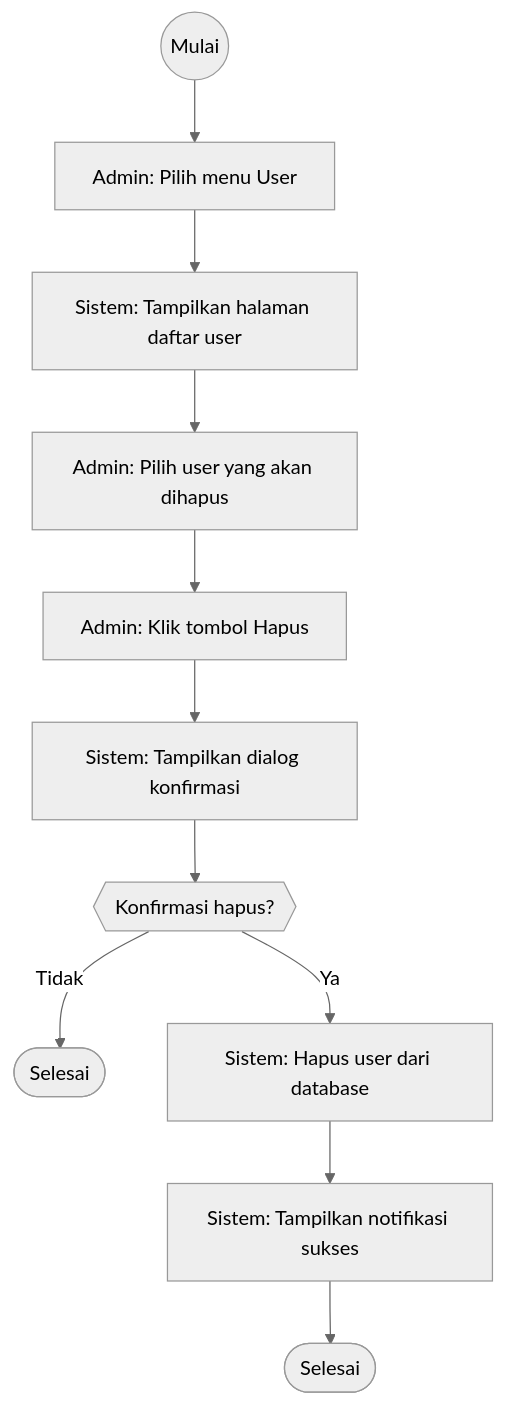
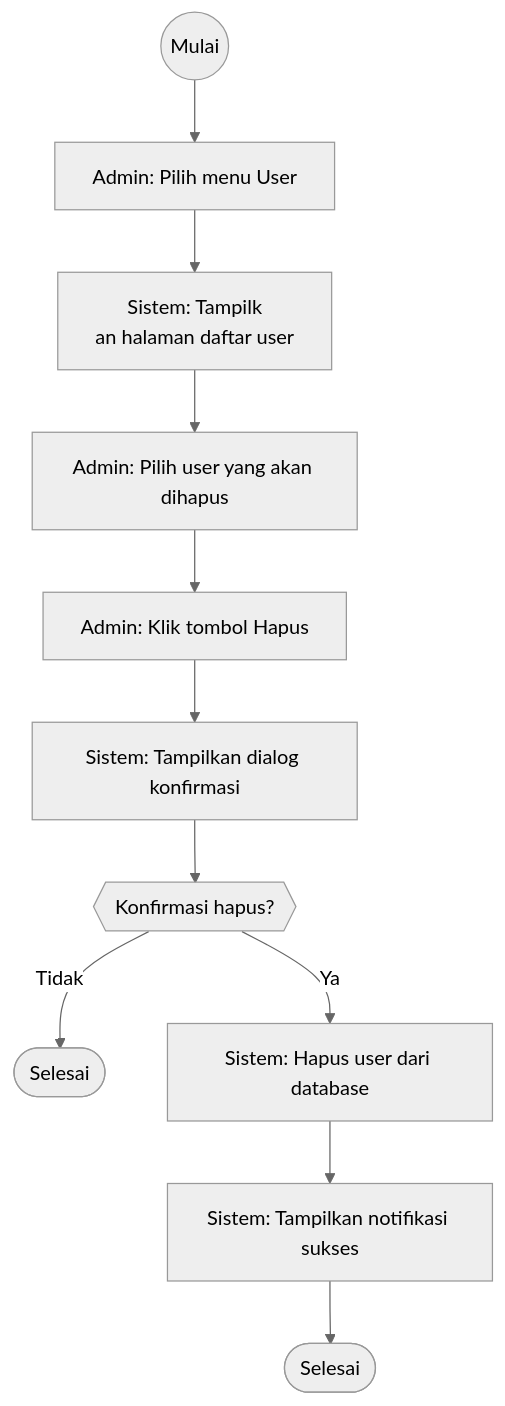
Before and after one commit to devWebs01/POS-DW: diagram 15 of 40 in docs/4.2-perancangan-sistem.md, drawn with Mermaid (neutral theme). The commit also changed other lines of this file, not shown here.

````diff
--- a/docs/4.2-perancangan-sistem.md
+++ b/docs/4.2-perancangan-sistem.md
@@ -1285,20 +1352,21 @@
 ```mermaid
 flowchart TD
   start((Mulai))
   A_A["Admin: Pilih menu User"]
   start --> A_A
-  S_A["Sistem: Tampilkan halaman daftar user"]
+  S_A["Sistem: Tampilk
+an halaman daftar user"]
   A_A --> S_A
   A_B["Admin: Pilih user yang akan dihapus"]
   S_A --> A_B
   A_C["Admin: Klik tombol Hapus"]
   A_B --> A_C
   S_B["Sistem: Tampilkan dialog konfirmasi"]
   A_C --> S_B
   D_A{{"Konfirmasi hapus?"}}
   S_B --> D_A
   D_A -->|Tidak| end_cancel([Selesai])
   D_A -->|Ya| S_C["Sistem: Hapus user dari database"]
   S_C --> S_D["Sistem: Tampilkan notifikasi sukses"]
   S_D --> end_success([Selesai])
 ```
````
